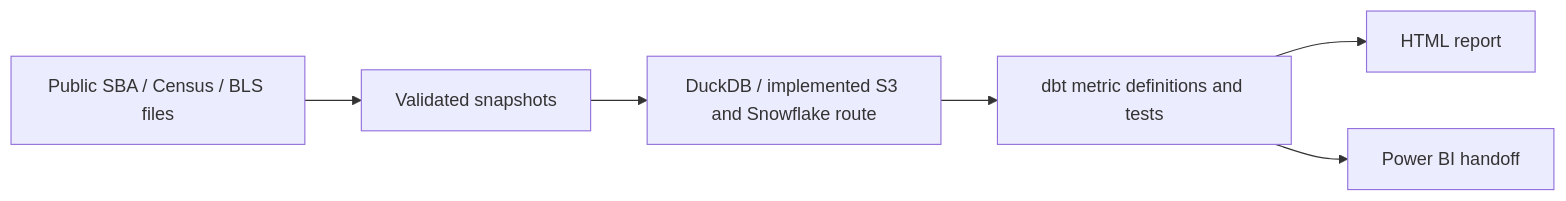
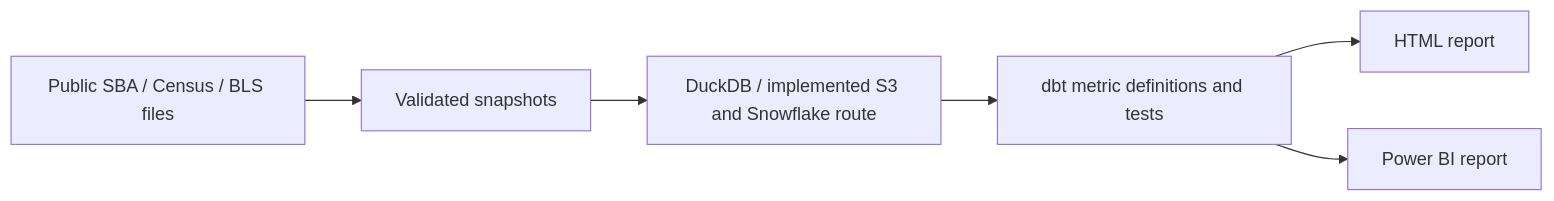
Before and after one commit to stevennitesh/small-business-lending-pipeline: the diagram in README.md, drawn with Mermaid. The commit also changed other lines of this file and 32 other files, not shown here.

First line of the commit message:
Polish lending report and finalize Power BI documentation

````diff
--- a/README.md
+++ b/README.md
@@ -37,8 +41,8 @@
 ```mermaid
 flowchart LR
     S[Public SBA / Census / BLS files] --> V[Validated snapshots]
     V --> D[DuckDB / implemented S3 and Snowflake route]
     D --> T[dbt metric definitions and tests]
     T --> H[HTML report]
-    T --> P[Power BI handoff]
+    T --> P[Power BI report]
 ```
````
